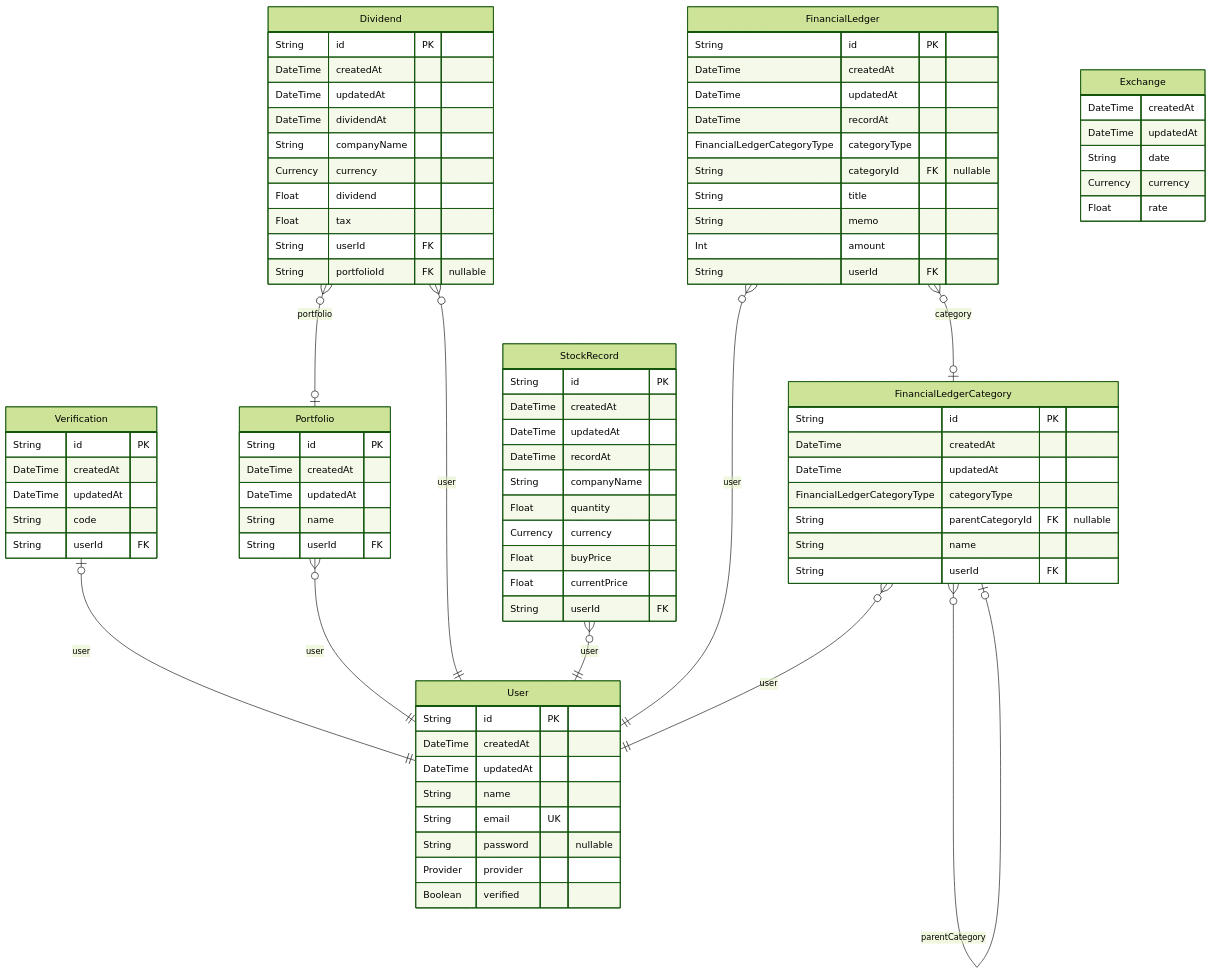
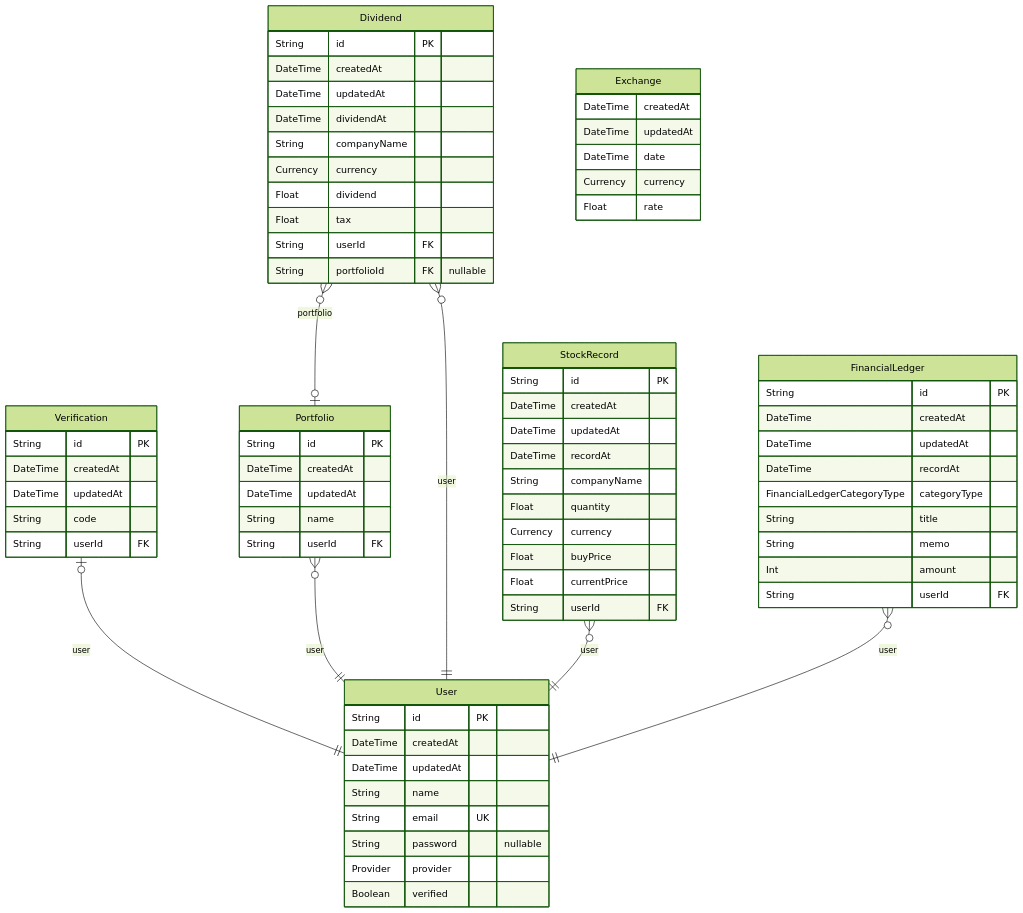
The diagram in docs/ERD.md (LimMinKyo/richdiary-api), drawn with Mermaid (forest theme) before and after one commit. The commit also changed other lines of this file and 7 other files, not shown here.

````diff
--- a/docs/ERD.md
+++ b/docs/ERD.md
@@ -60,25 +60,15 @@
   DateTime updatedAt
   DateTime recordAt
   FinancialLedgerCategoryType categoryType
-  String categoryId FK "nullable"
   String title
   String memo
   Int amount
   String userId FK
 }
-"FinancialLedgerCategory" {
-  String id PK
-  DateTime createdAt
-  DateTime updatedAt
-  FinancialLedgerCategoryType categoryType
-  String parentCategoryId FK "nullable"
-  String name
-  String userId FK
-}
 "Exchange" {
   DateTime createdAt
   DateTime updatedAt
-  String date
+  DateTime date
   Currency currency
   Float rate
 }
@@ -87,8 +77,5 @@
 "Dividend" }o--|| "User" : user
 "Dividend" }o--o| "Portfolio" : portfolio
 "StockRecord" }o--|| "User" : user
-"FinancialLedger" }o--o| "FinancialLedgerCategory" : category
 "FinancialLedger" }o--|| "User" : user
-"FinancialLedgerCategory" }o--o| "FinancialLedgerCategory" : parentCategory
-"FinancialLedgerCategory" }o--|| "User" : user
 ```
````
